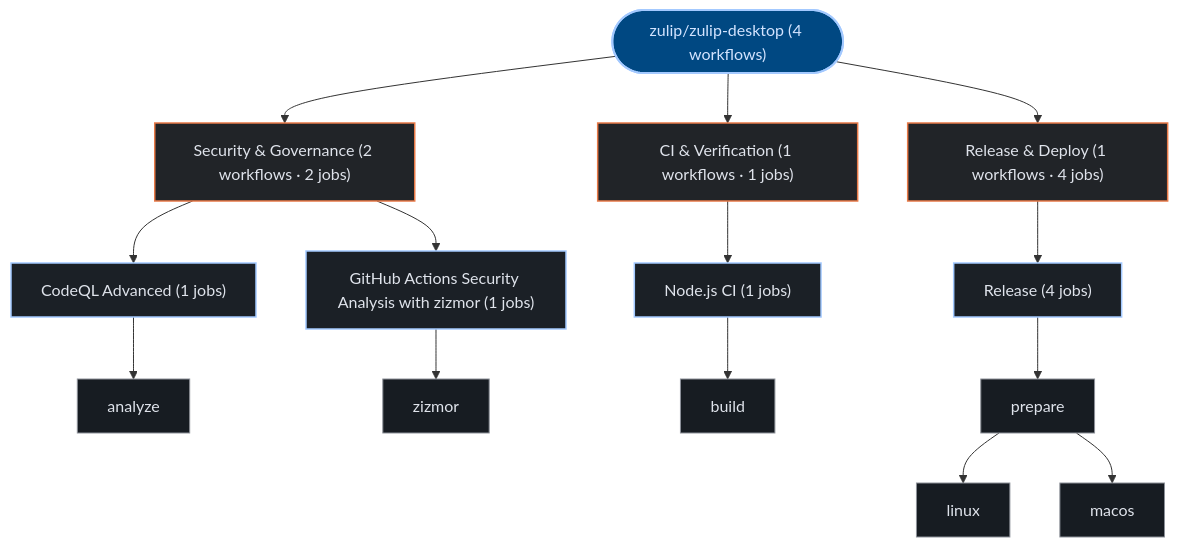
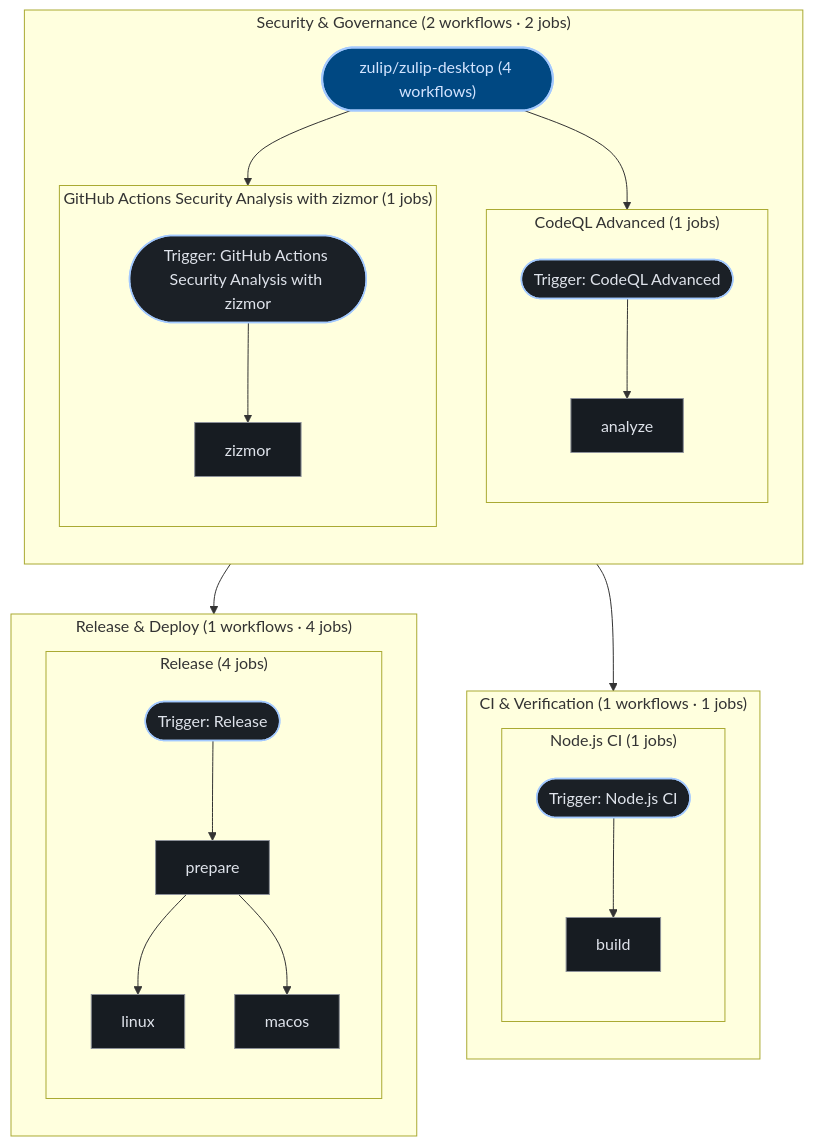
One commit to kumarshaz/atruss-code-atlas changed the third of 3 diagrams in exports/latest/reports/zulip-zulip-desktop-report.md. Above: the diagram before and after it, drawn with Mermaid. The commit also changed 181 other files, not shown here.

````diff
--- a/exports/latest/reports/zulip-zulip-desktop-report.md
+++ b/exports/latest/reports/zulip-zulip-desktop-report.md
@@ -166,37 +166,52 @@
 ```mermaid
 graph TD;
   classDef atlasRoot fill:#004882,stroke:#a3c9ff,stroke-width:2px,color:#d3e4ff
   classDef atlasCategory fill:#212428,stroke:#E87A48,stroke-width:1.5px,color:#dfe3eb
   classDef atlasWorkflow fill:#1b2026,stroke:#a3c9ff,stroke-width:1.5px,color:#dfe3eb
   classDef atlasJob fill:#171c22,stroke:#8d9199,stroke-width:1px,color:#dfe3eb
   classDef atlasTarget fill:#005227,stroke:#8bd99b,stroke-width:1.5px,color:#a7f6b6
   classDef atlasAlert fill:#93000a,stroke:#ffb4ab,stroke-width:1.5px,color:#ffdad6
   classDef atlasMore fill:#252a31,stroke:#8d9199,stroke-dasharray:4 4,color:#c3c6cf
   pipeline_root(["zulip/zulip-desktop (4 workflows)"]):::atlasRoot
-  grp_0_Security___Governance["Security & Governance (2 workflows · 2 jobs)"]:::atlasCategory
-  pipeline_root --> grp_0_Security___Governance
-  wf_0_CodeQL_Advanced["CodeQL Advanced (1 jobs)"]:::atlasWorkflow
-  grp_0_Security___Governance --> wf_0_CodeQL_Advanced
-  job_0_analyze["analyze"]:::atlasJob
-  wf_0_CodeQL_Advanced --> job_0_analyze
-  wf_3_GitHub_Actions_Security_Analysis_with_zizmor["GitHub Actions Security Analysis with zizmor (1 jobs)"]:::atlasWorkflow
-  grp_0_Security___Governance --> wf_3_GitHub_Actions_Security_Analysis_with_zizmor
-  job_3_zizmor["zizmor"]:::atlasJob
-  wf_3_GitHub_Actions_Security_Analysis_with_zizmor --> job_3_zizmor
-  grp_1_CI___Verification["CI & Verification (1 workflows · 1 jobs)"]:::atlasCategory
-  pipeline_root --> grp_1_CI___Verification
-  wf_1_Node_js_CI["Node.js CI (1 jobs)"]:::atlasWorkflow
-  grp_1_CI___Verification --> wf_1_Node_js_CI
-  job_1_build["build"]:::atlasJob
-  wf_1_Node_js_CI --> job_1_build
-  grp_2_Release___Deploy["Release & Deploy (1 workflows · 4 jobs)"]:::atlasCategory
-  pipeline_root --> grp_2_Release___Deploy
-  wf_2_Release["Release (4 jobs)"]:::atlasWorkflow
-  grp_2_Release___Deploy --> wf_2_Release
-  job_2_prepare["prepare"]:::atlasJob
-  job_2_linux["linux"]:::atlasJob
-  job_2_macos["macos"]:::atlasJob
-  wf_2_Release --> job_2_prepare
-  job_2_prepare --> job_2_linux
-  job_2_prepare --> job_2_macos
+  subgraph sg_grp_0_Security___Governance["Security & Governance (2 workflows · 2 jobs)"]
+    direction TB
+    subgraph sg_wf_0_CodeQL_Advanced["CodeQL Advanced (1 jobs)"]
+      direction TB
+      wf_0_CodeQL_Advanced(["Trigger: CodeQL Advanced"]):::atlasWorkflow
+      job_0_analyze["analyze"]:::atlasJob
+      wf_0_CodeQL_Advanced --> job_0_analyze
+    end
+    pipeline_root --> wf_0_CodeQL_Advanced
+    subgraph sg_wf_3_GitHub_Actions_Security_Analysis_with_zizmor["GitHub Actions Security Analysis with zizmor (1 jobs)"]
+      direction TB
+      wf_3_GitHub_Actions_Security_Analysis_with_zizmor(["Trigger: GitHub Actions Security Analysis with zizmor"]):::atlasWorkflow
+      job_3_zizmor["zizmor"]:::atlasJob
+      wf_3_GitHub_Actions_Security_Analysis_with_zizmor --> job_3_zizmor
+    end
+    pipeline_root --> wf_3_GitHub_Actions_Security_Analysis_with_zizmor
+  end
+  subgraph sg_grp_1_CI___Verification["CI & Verification (1 workflows · 1 jobs)"]
+    direction TB
+    subgraph sg_wf_1_Node_js_CI["Node.js CI (1 jobs)"]
+      direction TB
+      wf_1_Node_js_CI(["Trigger: Node.js CI"]):::atlasWorkflow
+      job_1_build["build"]:::atlasJob
+      wf_1_Node_js_CI --> job_1_build
+    end
+    pipeline_root --> wf_1_Node_js_CI
+  end
+  subgraph sg_grp_2_Release___Deploy["Release & Deploy (1 workflows · 4 jobs)"]
+    direction TB
+    subgraph sg_wf_2_Release["Release (4 jobs)"]
+      direction TB
+      wf_2_Release(["Trigger: Release"]):::atlasWorkflow
+      job_2_prepare["prepare"]:::atlasJob
+      job_2_linux["linux"]:::atlasJob
+      job_2_macos["macos"]:::atlasJob
+      wf_2_Release --> job_2_prepare
+      job_2_prepare --> job_2_linux
+      job_2_prepare --> job_2_macos
+    end
+    pipeline_root --> wf_2_Release
+  end
 ```
````
